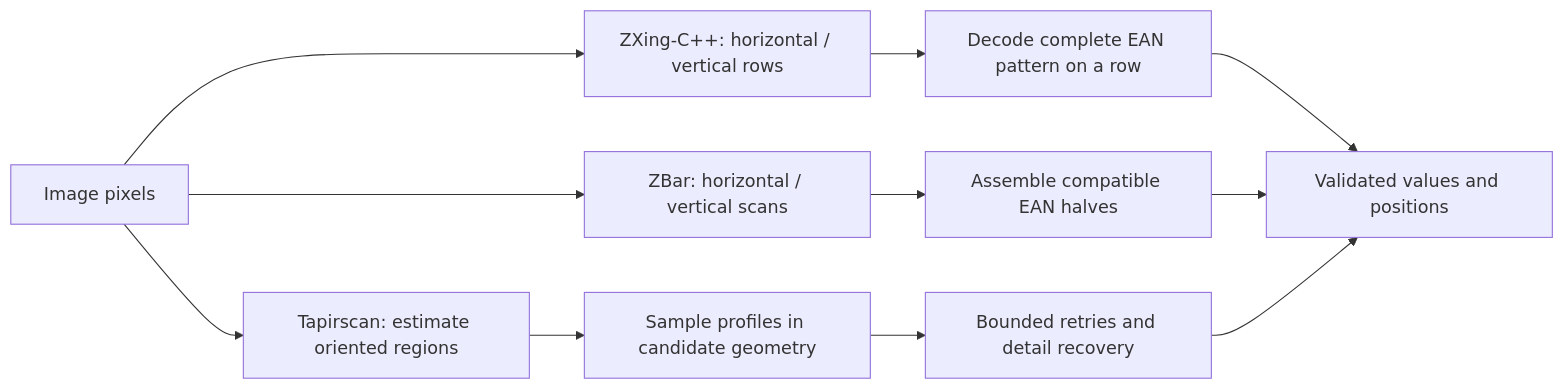
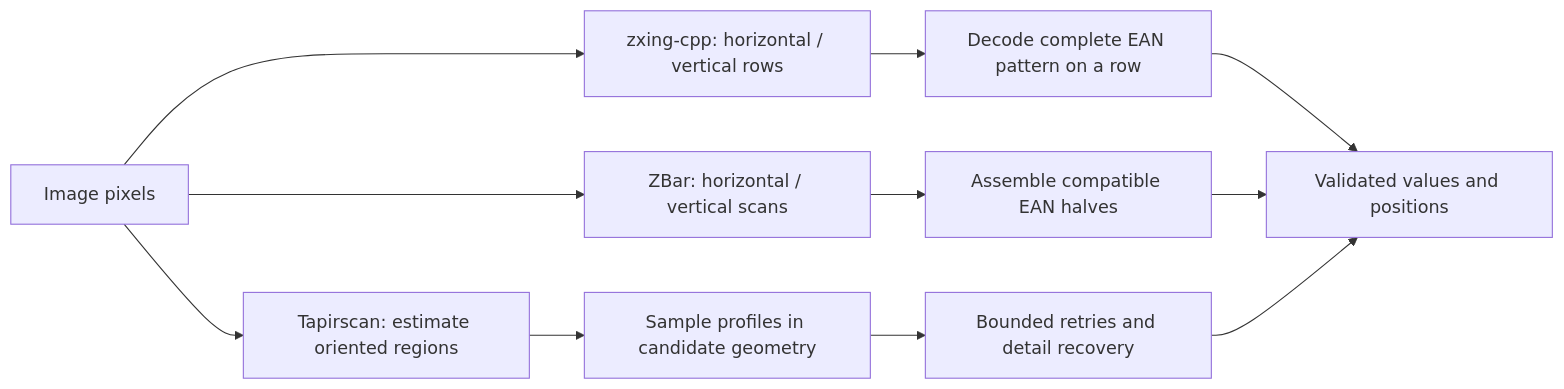
One commit to kleinicke/tapirscan changed the diagram in docs/COMPARISON.md. Above: the diagram before and after it, drawn with Mermaid. The commit also changed other lines of this file and 10 other files, not shown here.

````diff
--- a/docs/COMPARISON.md
+++ b/docs/COMPARISON.md
@@ -26,13 +40,13 @@
 ```mermaid
 flowchart LR
-    A[Image pixels] --> X[ZXing-C++: horizontal / vertical rows]
+    A[Image pixels] --> X[zxing-cpp: horizontal / vertical rows]
     A --> Z[ZBar: horizontal / vertical scans]
     A --> T[Tapirscan: estimate oriented regions]
     X --> XR[Decode complete EAN pattern on a row]
     Z --> ZR[Assemble compatible EAN halves]
     T --> TR[Sample profiles in candidate geometry]
     TR --> R[Bounded retries and detail recovery]
     XR --> V[Validated values and positions]
     ZR --> V
     R --> V
 ```
````
